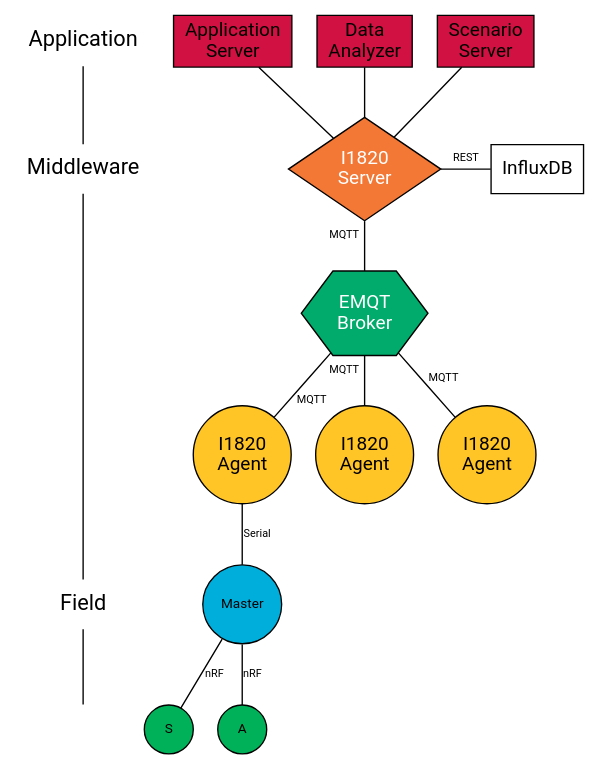
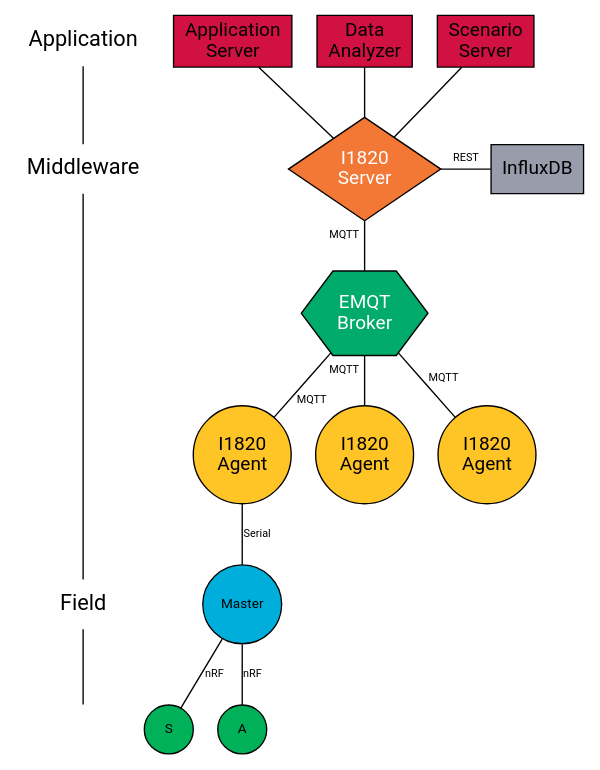
One commit to AoLab/AoLab.github.io changed the diagram in documentation/architecture/architecture.dot. Above: the diagram before and after it, drawn with Graphviz.

Commit message:
Fills the influx with it's logo color.

```diff
--- a/documentation/architecture/architecture.dot
+++ b/documentation/architecture/architecture.dot
@@ -1,55 +1,55 @@
 graph architecture {
 	graph [fontname = "roboto"];
 	node [fontname = "roboto"];
 	edge [fontname = "roboto", fontsize=8];
 
 	subgraph layers_graph {
 		node [shape=plaintext, fontsize=16];
 		"Application" -- "Middleware" -- "Field" -- "";
 	}
 
 	{
 		rank=same;
 		"Middleware"; i1820; influx;
 	}
 
 	{
 		rank=same;
 		agent1; agent2; agent3;
 	}
 
 	{
 		rank=same
 		"Application"; aps; dan; scs;
 	}
 
 	{
 		rank=same;
 		"Field"; master;
 	}
 
 	aps -- i1820;
 	dan -- i1820;
 	scs -- i1820;
 	i1820 -- influx [label="REST"]
 	i1820 -- broker [headlabel="MQTT", labeldistance=3, labelangle=30];
 	broker -- agent1 [headlabel="MQTT", labeldistance=3];
 	broker -- agent2 [headlabel="MQTT", labeldistance=3, labelangle=30];
 	broker -- agent3 [headlabel="MQTT", labeldistance=3];
 	agent1 -- master [label="Serial"];
 	master -- ts [label="nRF"];
 	master -- ta [label="nRF"];
 
 	aps [shape=box, label="Application\nServer", fillcolor="#d11141", style=filled];
 	dan [shape=box, label="Data\nAnalyzer", fillcolor="#d11141", style=filled];
 	scs [shape=box, label="Scenario\nServer", fillcolor="#d11141", style=filled];
 	i1820 [shape=diamond, label="I1820\nServer", fillcolor="#f37735", style=filled, width=1, fontcolor="#ffffff"];
-	influx [shape=box, label="InfluxDB"];
+	influx [shape=box, label="InfluxDB", fillcolor="#999dab", style=filled];
 	broker [shape=hexagon, label="EMQT\nBroker", fillcolor="#00ab6b", style=filled; fontcolor="#ffffff"];
 	agent1 [shape=circle, label="I1820\nAgent", fillcolor="#ffc425", style=filled, width=1];
 	agent2 [shape=circle, label="I1820\nAgent", fillcolor="#ffc425", style=filled, width=1];
 	agent3 [shape=circle, label="I1820\nAgent", fillcolor="#ffc425", style=filled, width=1];
 	master [shape=circle, label="Master", fillcolor="#00aedb", style=filled, fontsize=10, width=.8, fixedsize=true];
 	ts [shape=circle, label="S", fillcolor="#00b159", style=filled, fontsize=10, width=.5, fixedsize=true];
 	ta [shape=circle, label="A", fillcolor="#00b159", style=filled, fontsize=10, width=.5, fixedsize=true];
 }
```
